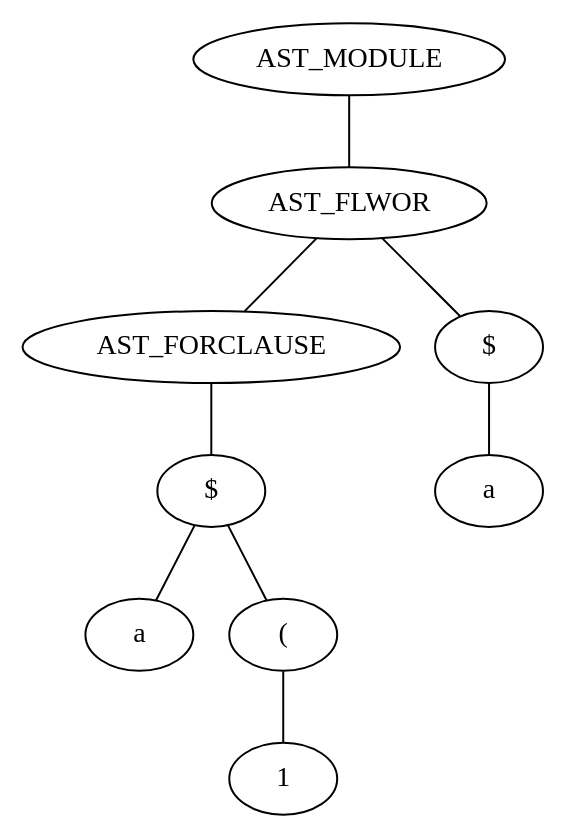
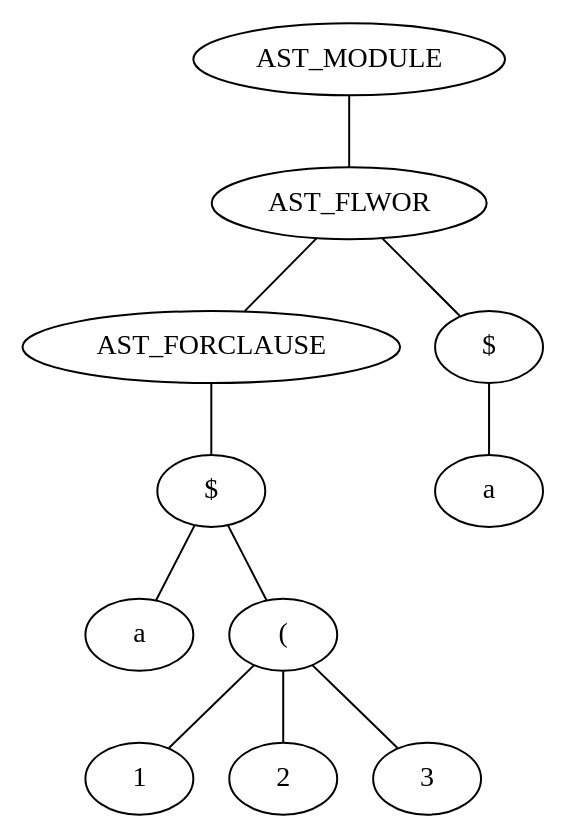
Before and after one commit to andrerav/xqft-parser: the diagram in doc/img/graphs/td_impl_flwor_simple.xq.dot, drawn with Graphviz. The commit also changed 3 other files, not shown here.

```diff
--- a/doc/img/graphs/td_impl_flwor_simple.xq.dot
+++ b/doc/img/graphs/td_impl_flwor_simple.xq.dot
@@ -1,21 +1,25 @@
 digraph AST {
 edge [color=black, dir=both, weight=1, fontcolor=black, arrowhead=none, arrowtail=none]
 NODE38 [label="AST_MODULE"]
 NODE39 [label="AST_FLWOR"]
 NODE40 [label="AST_FORCLAUSE"]
 NODE41 [label="$"]
 NODE42 [label="a"]
 NODE41 -> NODE42
  NODE43 [label="("]
 NODE44 [label="1"]
 NODE43 -> NODE44
+ NODE45 [label="2"]
+NODE43 -> NODE45
+ NODE46 [label="3"]
+NODE43 -> NODE46
 NODE41 -> NODE43
 NODE40 -> NODE41
 NODE39 -> NODE40
- NODE45 [label="$"]
-NODE46 [label="a"]
-NODE45 -> NODE46
-NODE39 -> NODE45
+ NODE47 [label="$"]
+NODE48 [label="a"]
+NODE47 -> NODE48
+NODE39 -> NODE47
 NODE38 -> NODE39
 
 }
```
